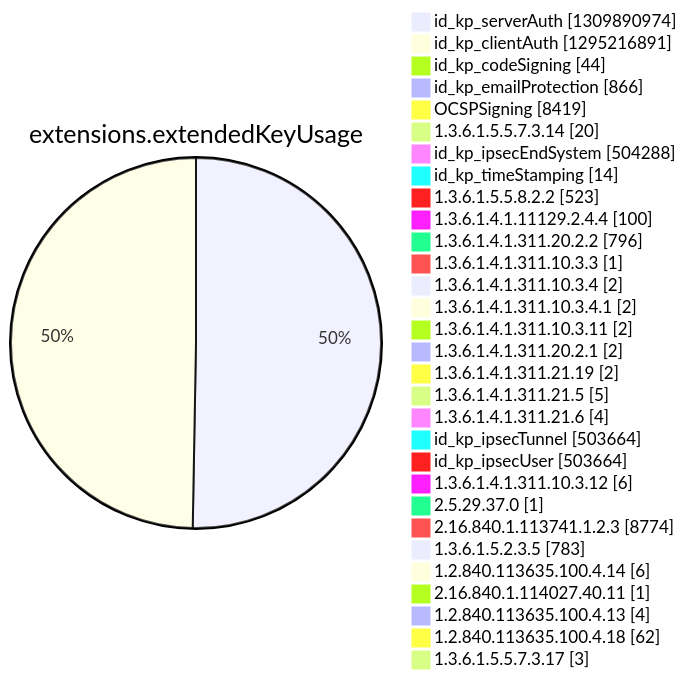
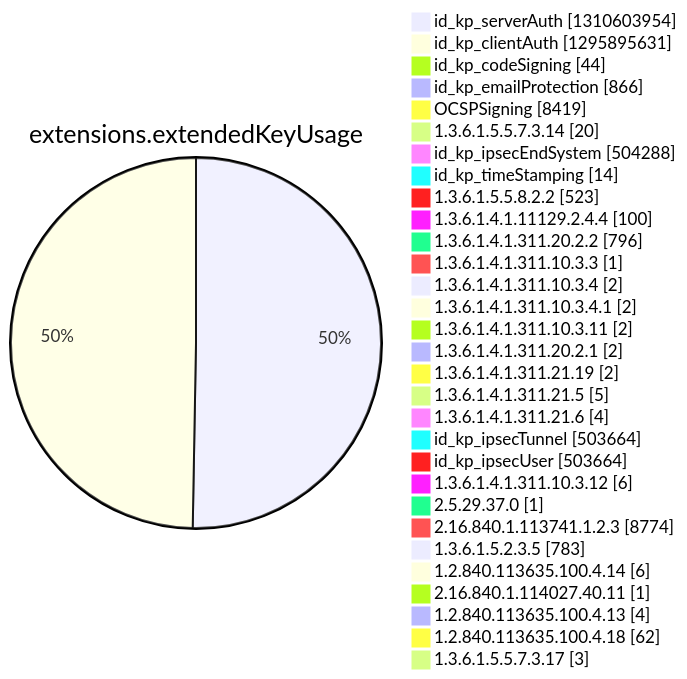
One commit to christiankrug/ctmonitor_visualization changed diagram 12 of 15 in argon2022/README.md. Above: the diagram before and after it, drawn with Mermaid. The commit also changed other lines of this file, not shown here.

````diff
--- a/argon2022/README.md
+++ b/argon2022/README.md
@@ -3552,34 +3552,34 @@
 ```mermaid
 pie showData
 title extensions.extendedKeyUsage
-"id_kp_serverAuth" :1309890974
-"id_kp_clientAuth" :1295216891
+"id_kp_serverAuth" :1310603954
+"id_kp_clientAuth" :1295895631
 "id_kp_codeSigning" :44
 "id_kp_emailProtection" :866
 "OCSPSigning" :8419
 "1.3.6.1.5.5.7.3.14" :20
 "id_kp_ipsecEndSystem" :504288
 "id_kp_timeStamping" :14
 "1.3.6.1.5.5.8.2.2" :523
 "1.3.6.1.4.1.11129.2.4.4" :100
 "1.3.6.1.4.1.311.20.2.2" :796
 "1.3.6.1.4.1.311.10.3.3" :1
 "1.3.6.1.4.1.311.10.3.4" :2
 "1.3.6.1.4.1.311.10.3.4.1" :2
 "1.3.6.1.4.1.311.10.3.11" :2
 "1.3.6.1.4.1.311.20.2.1" :2
 "1.3.6.1.4.1.311.21.19" :2
 "1.3.6.1.4.1.311.21.5" :5
 "1.3.6.1.4.1.311.21.6" :4
 "id_kp_ipsecTunnel" :503664
 "id_kp_ipsecUser" :503664
 "1.3.6.1.4.1.311.10.3.12" :6
 "2.5.29.37.0" :1
 "2.16.840.1.113741.1.2.3" :8774
 "1.3.6.1.5.2.3.5" :783
 "1.2.840.113635.100.4.14" :6
 "2.16.840.1.114027.40.11" :1
 "1.2.840.113635.100.4.13" :4
 "1.2.840.113635.100.4.18" :62
 "1.3.6.1.5.5.7.3.17" :3
 ```
````
